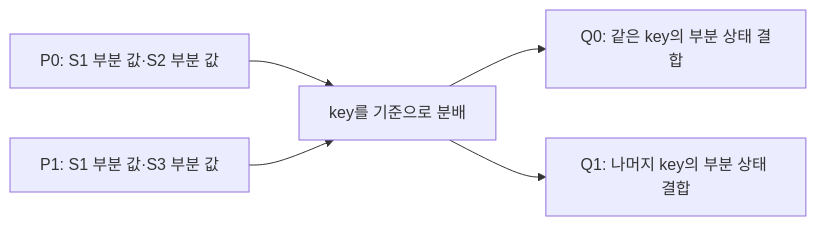
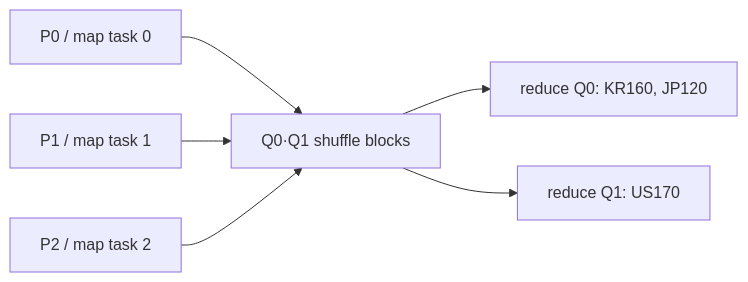
The diagram in learning/apache-spark/04-partitions-and-shuffle.md (mj006648/netai-devsecops-runbook), drawn with Mermaid before and after one commit. The commit also changed other lines of this file and 68 other files, not shown here.

````diff
--- a/learning/apache-spark/04-partitions-and-shuffle.md
+++ b/learning/apache-spark/04-partitions-and-shuffle.md
@@ -55,7 +101,8 @@
-```mermaid
+~~~mermaid
 flowchart LR
-    P0["P0: S1 부분 값·S2 부분 값"] --> X["key를 기준으로 분배"]
-    P1["P1: S1 부분 값·S3 부분 값"] --> X
-    X --> Q0["Q0: 같은 key의 부분 상태 결합"]
-    X --> Q1["Q1: 나머지 key의 부분 상태 결합"]
-```
+    P0["P0 / map task 0"] --> W["Q0·Q1 shuffle blocks"]
+    P1["P1 / map task 1"] --> W
+    P2["P2 / map task 2"] --> W
+    W --> Q0["reduce Q0: KR160, JP120"]
+    W --> Q1["reduce Q1: US170"]
+~~~
````
